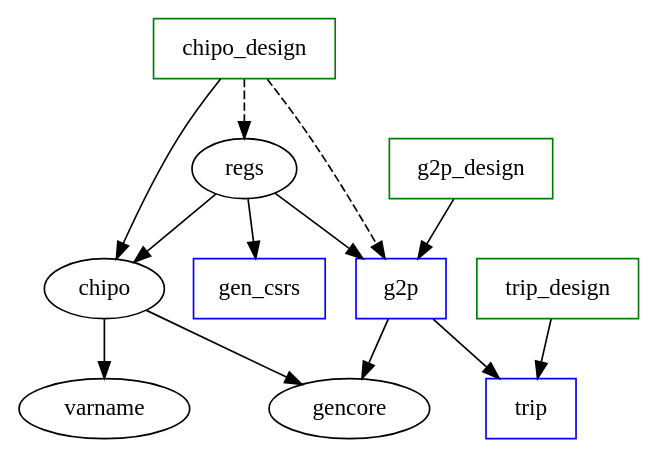
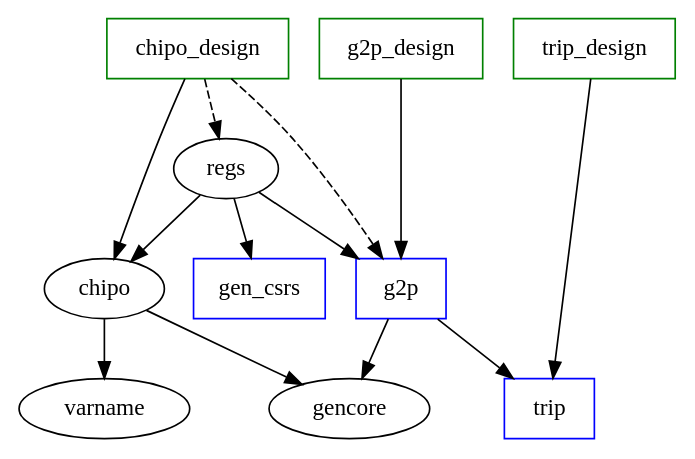
One commit to miguel-guerrero/slingshot changed the diagram in doc/use_relationships.dot. Above: the diagram before and after it, drawn with Graphviz. The commit also changed 1 other file, not shown here.

```diff
--- a/doc/use_relationships.dot
+++ b/doc/use_relationships.dot
@@ -1,19 +1,21 @@
 digraph use_relationships {
+
+  { rank=same chipo_design g2p_design trip_design }
 
   g2p -> gencore;
   chipo -> gencore;
   chipo -> varname;
   regs -> chipo;
   g2p, trip_design -> trip;
   regs -> gen_csrs
 
   chipo_design -> chipo;
   chipo_design -> regs, g2p [style=dashed];
   g2p_design -> g2p;
   regs -> g2p;
 
   g2p, trip, gen_csrs [shape=rectangle, color=blue];
   
   chipo_design, g2p_design, trip_design [shape=rectangle, color=green];
   
 }
```
